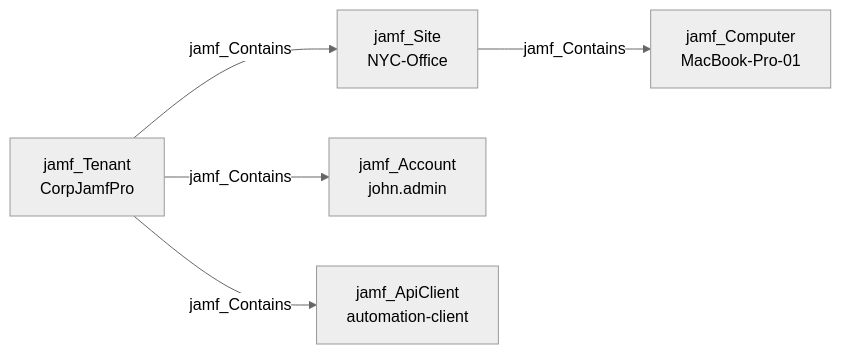
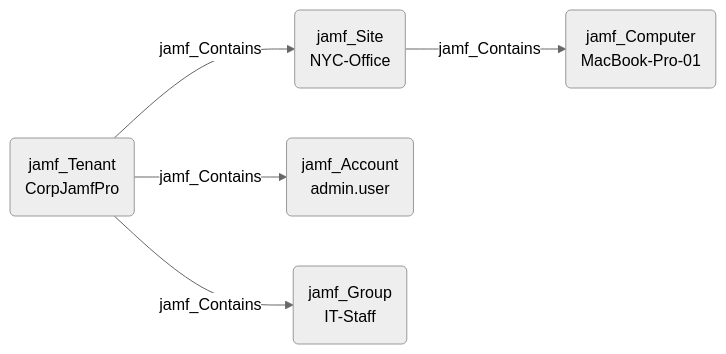
Before and after one commit to SpecterOps/bloodhound-docs: the diagram in docs/opengraph/extensions/jamfhound/reference/edges/jamf_contains.mdx, drawn with Mermaid (neutral theme). The commit also changed 33 other files, not shown here.

Commit message:
Updated documentation with revised mermaid diagrams

````diff
--- a/docs/opengraph/extensions/jamfhound/reference/edges/jamf_contains.mdx
+++ b/docs/opengraph/extensions/jamfhound/reference/edges/jamf_contains.mdx
@@ -18,7 +18,17 @@
 ```mermaid
 graph LR
-    A["jamf_Tenant\nCorpJamfPro"] -->|jamf_Contains| B["jamf_Site\nNYC-Office"]
-    A -->|jamf_Contains| C["jamf_Account\njohn.admin"]
-    A -->|jamf_Contains| D["jamf_ApiClient\nautomation-client"]
-    B -->|jamf_Contains| E["jamf_Computer\nMacBook-Pro-01"]
+    A("jamf_Tenant
+CorpJamfPro")
+    B("jamf_Site
+NYC-Office")
+    C("jamf_Computer
+MacBook-Pro-01")
+    D("jamf_Account
+admin.user")
+    E("jamf_Group
+IT-Staff")
+    A -- jamf_Contains --> B
+    A -- jamf_Contains --> D
+    A -- jamf_Contains --> E
+    B -- jamf_Contains --> C
 ```
````
